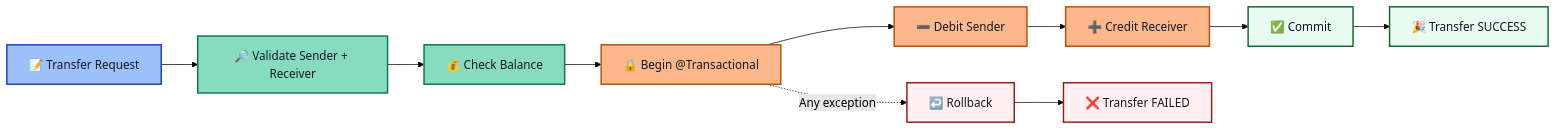
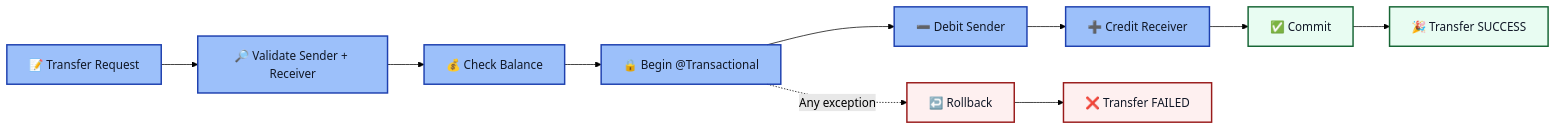
The fifth of 7 diagrams in ReadMe.md (VASUSINH/PayMoney), drawn with Mermaid (forest theme) before and after one commit. The commit also changed other lines of this file, not shown here.

````diff
--- a/ReadMe.md
+++ b/ReadMe.md
@@ -436,25 +300,21 @@
 ```mermaid
 flowchart LR
     A["📝 Transfer Request"] --> B["🔎 Validate Sender + Receiver"]
     B --> C["💰 Check Balance"]
     C --> D["🔒 Begin @Transactional"]
     D --> E["➖ Debit Sender"]
     E --> F["➕ Credit Receiver"]
     F --> G["✅ Commit"]
     G --> H["🎉 Transfer SUCCESS"]
 
     D -. "Any exception" .-> I["↩️ Rollback"]
     I --> J["❌ Transfer FAILED"]
 
-    classDef request fill:#3b82f680,stroke:#1e40af,stroke-width:2px,color:#111827;
-    classDef validation fill:#10b98180,stroke:#047857,stroke-width:2px,color:#111827;
-    classDef transaction fill:#f9731680,stroke:#b45309,stroke-width:2px,color:#111827;
     classDef success fill:#d1fae580,stroke:#166534,stroke-width:2px,color:#111827;
     classDef failure fill:#fee2e280,stroke:#991b1b,stroke-width:2px,color:#111827;
+    classDef n fill:#3b82f680,stroke:#1e40af,stroke-width:2px,color:#111827;
 
-    class A request;
-    class B,C validation;
-    class D,E,F transaction;
+    class A,B,C,D,E,F n;
     class G,H success;
     class I,J failure;
 ```
````
